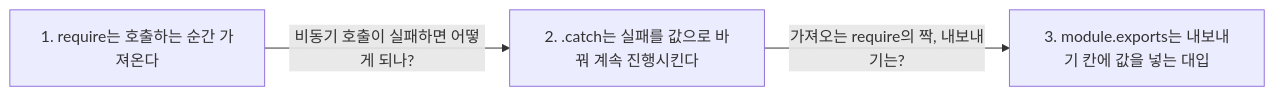
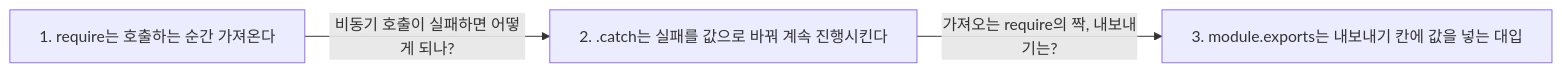
The second of 2 diagrams in 2026/November/11-05.md (ChildrenAon/TIL), drawn with Mermaid before and after one commit. The commit also changed other lines of this file, not shown here.

Commit message:
[ONE Student] 졸업 라우터 [JavaScript] require · .catch
고침: 흐름 도식 라벨을 한 줄로 두고 여백을 준다

````diff
--- a/2026/November/11-05.md
+++ b/2026/November/11-05.md
@@ -270,5 +271,6 @@
 ```mermaid
+%%{init: {"flowchart": {"wrappingWidth": 600}, "themeCSS": ".edgeLabel div { display: table-cell !important; width: auto !important; max-width: none !important; white-space: nowrap !important; } .edgeLabel p { padding: 5px 12px !important; margin: 0 !important; background: #55555599; } .edgeLabel, .edgeLabel span, .edgeLabel .labelBkg { background: transparent !important; }"}}%%
 flowchart LR
   A["1. require는 호출하는 순간 가져온다"] -->|"비동기 호출이 실패하면 어떻게 되나?"| B["2. .catch는 실패를 값으로 바꿔 계속 진행시킨다"]
   B -->|"가져오는 require의 짝, 내보내기는?"| C["3. module.exports는 내보내기 칸에 값을 넣는 대입"]
 ```
````
